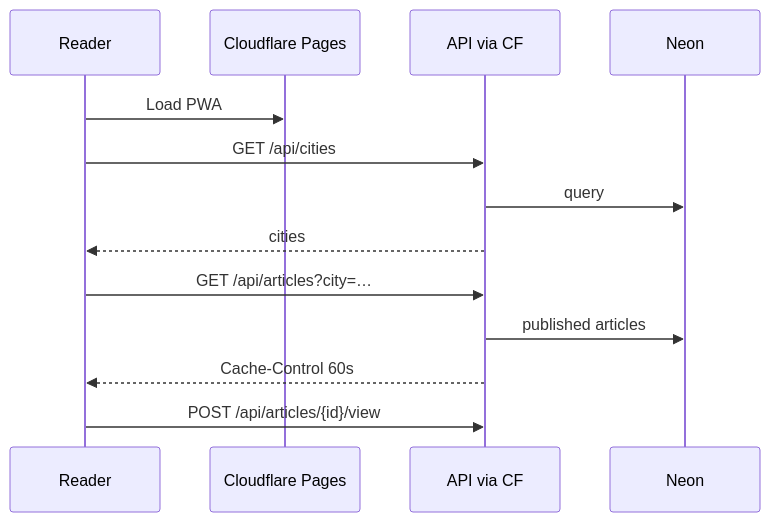
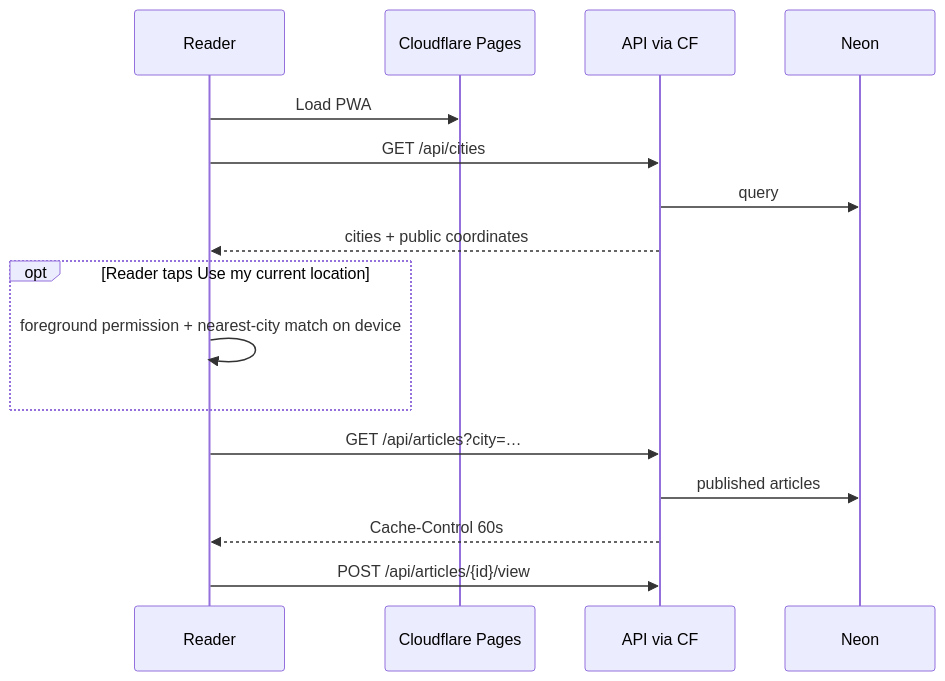
Before and after one commit to sshivanshg/TAZAkhabar: the second of 3 diagrams in docs/architecture/00-system-overview.md, drawn with Mermaid. The commit also changed other lines of this file and 27 other files, not shown here.

````diff
--- a/docs/architecture/00-system-overview.md
+++ b/docs/architecture/00-system-overview.md
@@ -81,15 +81,18 @@
 ```mermaid
 sequenceDiagram
   participant U as Reader
   participant P as Cloudflare Pages
   participant A as API via CF
   participant N as Neon
   U->>P: Load PWA
   U->>A: GET /api/cities
   A->>N: query
-  A-->>U: cities
+  A-->>U: cities + public coordinates
+  opt Reader taps Use my current location
+    U->>U: foreground permission + nearest-city match on device
+  end
   U->>A: GET /api/articles?city=…
   A->>N: published articles
   A-->>U: Cache-Control 60s
   U->>A: POST /api/articles/{id}/view
 ```
````
